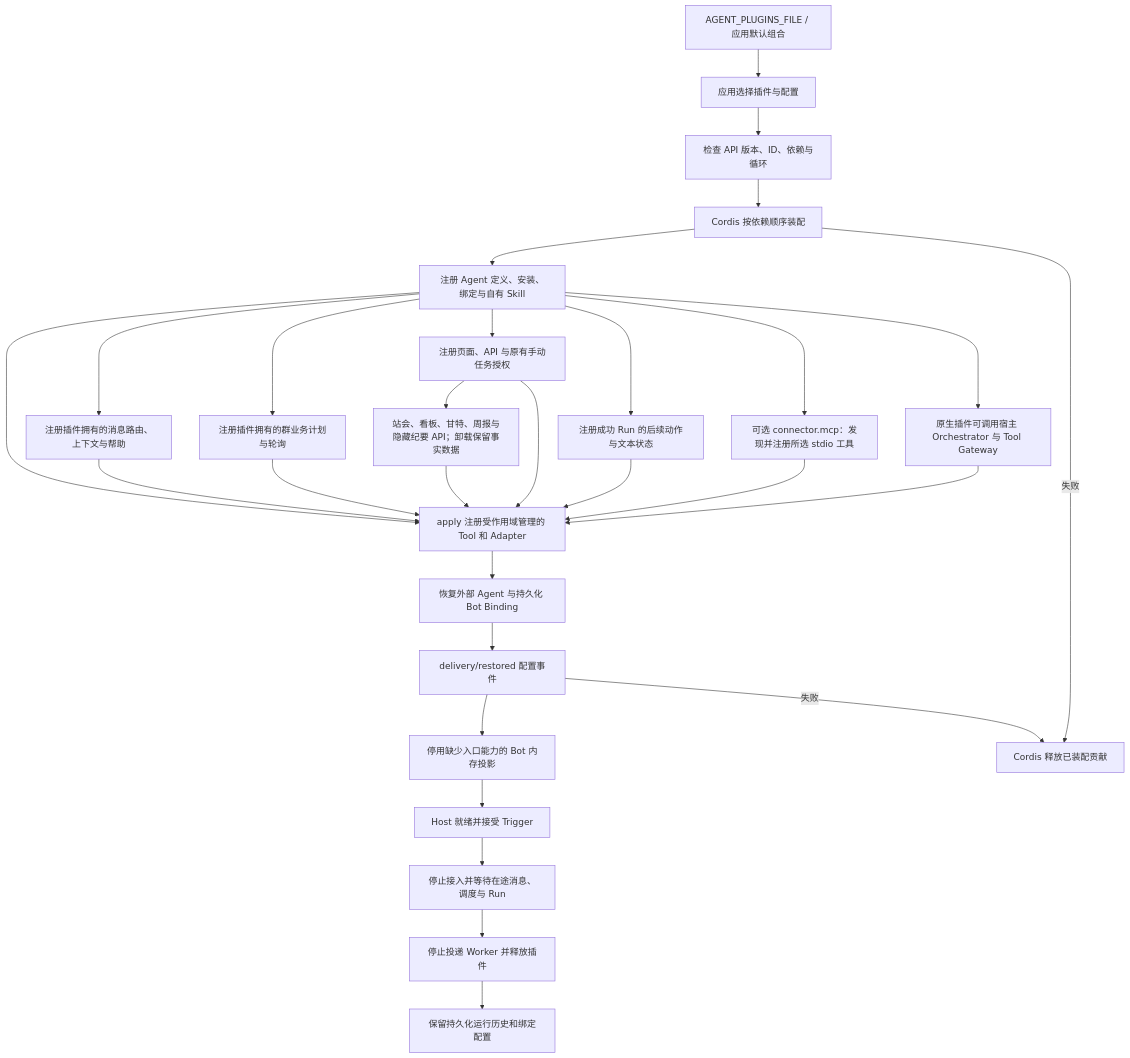
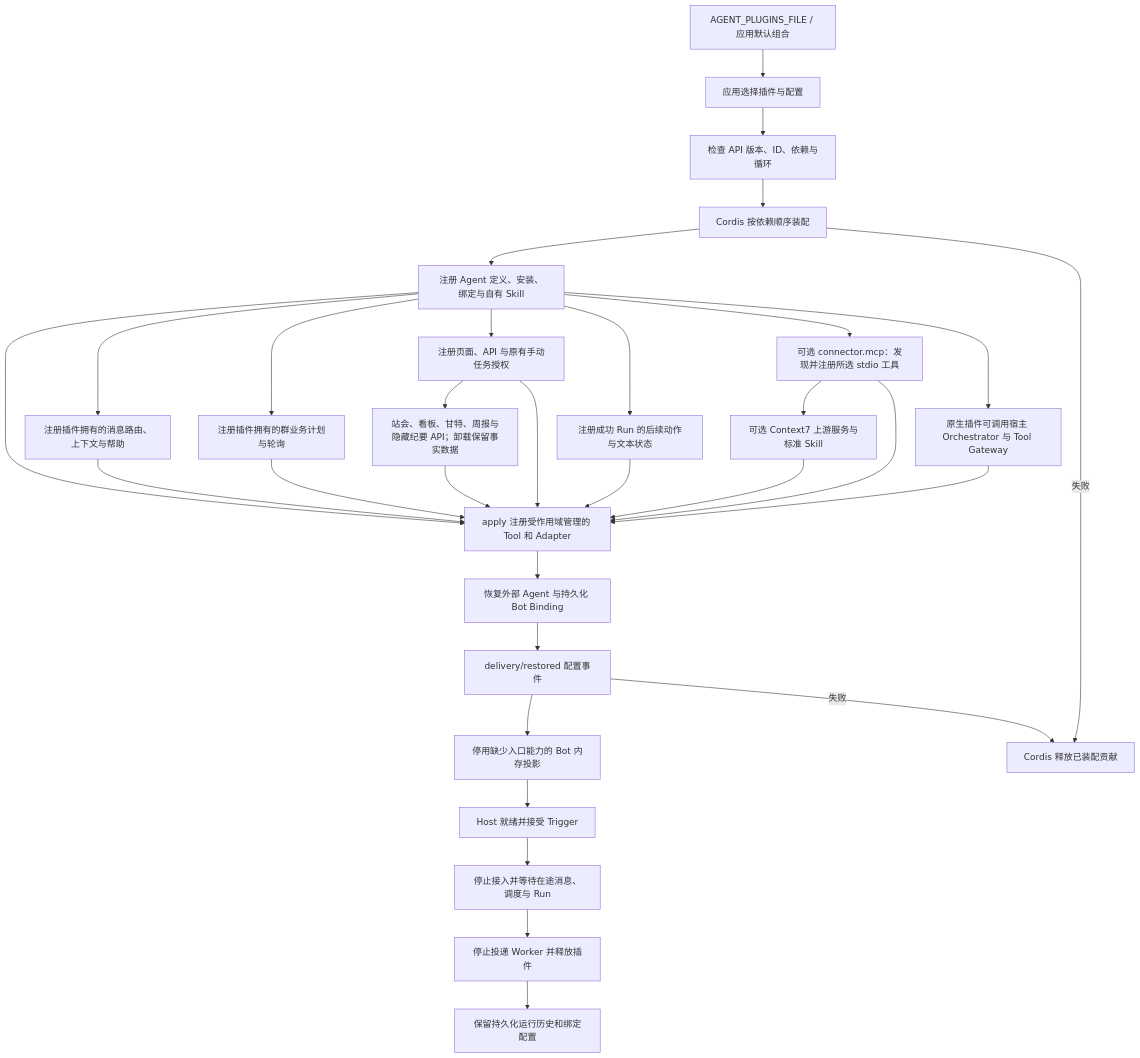
Before and after one commit to KlayPeter/AI-Delivery-Ops-Agent: the diagram in backend/src/platform/plugins/FEATURE.md, drawn with Mermaid. The commit also changed other lines of this file and 21 other files, not shown here.

````diff
--- a/backend/src/platform/plugins/FEATURE.md
+++ b/backend/src/platform/plugins/FEATURE.md
@@ -21,31 +21,33 @@
 ```mermaid
 flowchart TD
     Y[AGENT_PLUGINS_FILE / 应用默认组合] --> A[应用选择插件与配置]
     A --> B[检查 API 版本、ID、依赖与循环]
     B --> C[Cordis 按依赖顺序装配]
     C --> D[注册 Agent 定义、安装、绑定与自有 Skill]
     D --> E[apply 注册受作用域管理的 Tool 和 Adapter]
     D --> MR[注册插件拥有的消息路由、上下文与帮助]
     MR --> E
     D --> SJ[注册插件拥有的群业务计划与轮询]
     SJ --> E
     D --> WEB[注册页面、API 与原有手动任务授权]
     WEB --> VIS[站会、看板、甘特、周报与隐藏纪要 API；卸载保留事实数据]
     VIS --> E
     WEB --> E
     D --> RA[注册成功 Run 的后续动作与文本状态]
     RA --> E
     D --> MCP[可选 connector.mcp：发现并注册所选 stdio 工具]
+    MCP --> C7[可选 Context7 上游服务与标准 Skill]
+    C7 --> E
     MCP --> E
     D --> NS[原生插件可调用宿主 Orchestrator 与 Tool Gateway]
     NS --> E
     E --> F[恢复外部 Agent 与持久化 Bot Binding]
     F --> G[delivery/restored 配置事件]
     G --> H[停用缺少入口能力的 Bot 内存投影]
     H --> I[Host 就绪并接受 Trigger]
     C -- 失败 --> X[Cordis 释放已装配贡献]
     G -- 失败 --> X
     I --> J[停止接入并等待在途消息、调度与 Run]
     J --> K[停止投递 Worker 并释放插件]
     K --> L[保留持久化运行历史和绑定配置]
 ```
````
